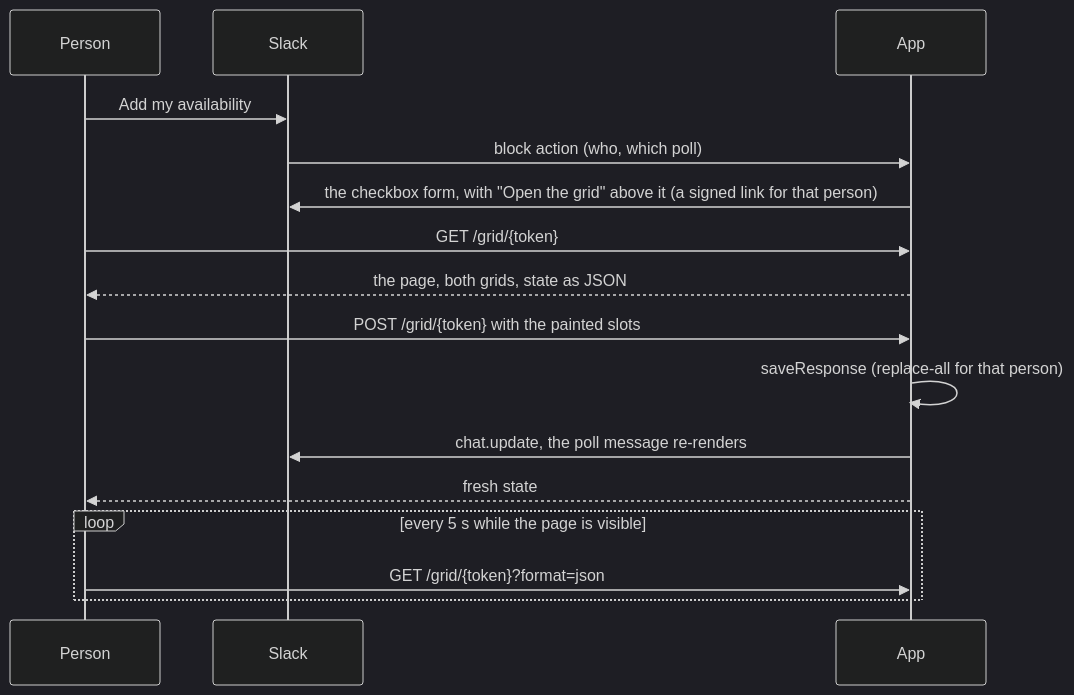
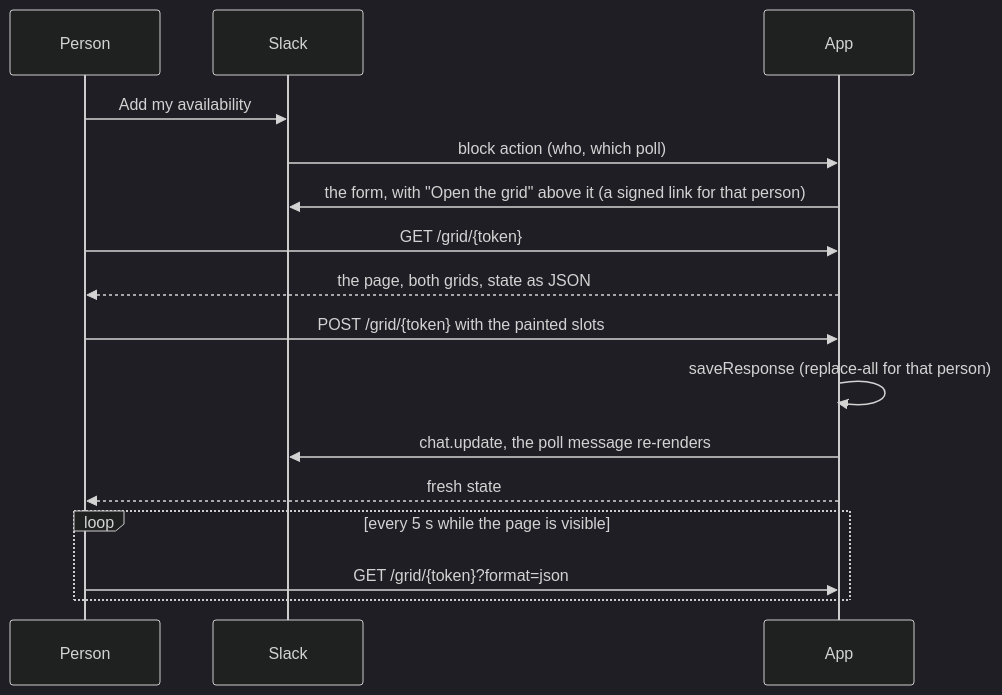
The diagram in docs/WEB_GRID.md (masaok/meetingmouse), drawn with Mermaid (dark theme) before and after one commit. The commit also changed other lines of this file and 21 other files, not shown here.

````diff
--- a/docs/WEB_GRID.md
+++ b/docs/WEB_GRID.md
@@ -14,18 +14,18 @@
 ```mermaid
 sequenceDiagram
   participant P as Person
   participant S as Slack
   participant A as App
   P->>S: Add my availability
   S->>A: block action (who, which poll)
-  A->>S: the checkbox form, with "Open the grid" above it (a signed link for that person)
+  A->>S: the form, with "Open the grid" above it (a signed link for that person)
   P->>A: GET /grid/{token}
   A-->>P: the page, both grids, state as JSON
   P->>A: POST /grid/{token} with the painted slots
   A->>A: saveResponse (replace-all for that person)
   A->>S: chat.update, the poll message re-renders
   A-->>P: fresh state
   loop every 5 s while the page is visible
     P->>A: GET /grid/{token}?format=json
   end
 ```
````
